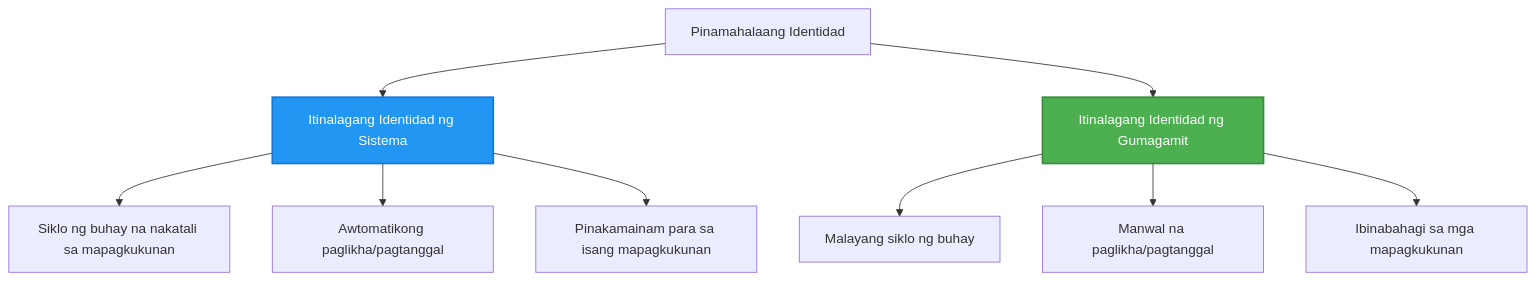
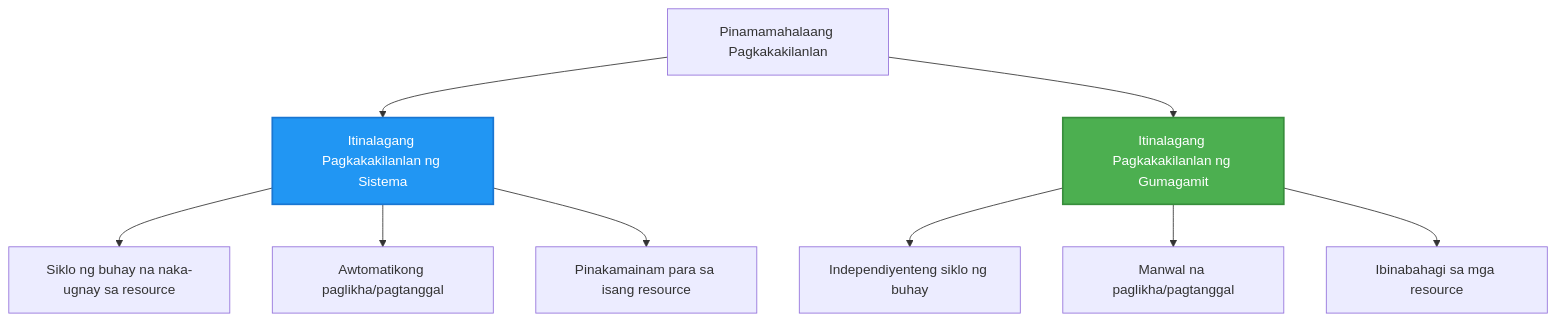
Before and after one commit to microsoft/AZD-for-beginners: the second of 2 diagrams in translations/tl/docs/chapter-03-configuration/authsecurity.md, drawn with Mermaid. The commit also changed other lines of this file and 104 other files, not shown here.

````diff
--- a/translations/tl/docs/chapter-03-configuration/authsecurity.md
+++ b/translations/tl/docs/chapter-03-configuration/authsecurity.md
@@ -97,20 +98,20 @@
 ```mermaid
 graph TB
-    MI[Pinamahalaang Identidad]
-    SystemAssigned[Itinalagang Identidad ng Sistema]
-    UserAssigned[Itinalagang Identidad ng Gumagamit]
+    MI[Pinamamahalaang Pagkakakilanlan]
+    SystemAssigned[Itinalagang Pagkakakilanlan ng Sistema]
+    UserAssigned[Itinalagang Pagkakakilanlan ng Gumagamit]
     
     MI --> SystemAssigned
     MI --> UserAssigned
     
-    SystemAssigned --> SA1[Siklo ng buhay na nakatali sa mapagkukunan]
+    SystemAssigned --> SA1[Siklo ng buhay na naka-ugnay sa resource]
     SystemAssigned --> SA2[Awtomatikong paglikha/pagtanggal]
-    SystemAssigned --> SA3[Pinakamainam para sa isang mapagkukunan]
+    SystemAssigned --> SA3[Pinakamainam para sa isang resource]
     
-    UserAssigned --> UA1[Malayang siklo ng buhay]
+    UserAssigned --> UA1[Independiyenteng siklo ng buhay]
     UserAssigned --> UA2[Manwal na paglikha/pagtanggal]
-    UserAssigned --> UA3[Ibinabahagi sa mga mapagkukunan]
+    UserAssigned --> UA3[Ibinabahagi sa mga resource]
     
     style SystemAssigned fill:#2196F3,stroke:#1976D2,stroke-width:2px,color:#fff
     style UserAssigned fill:#4CAF50,stroke:#388E3C,stroke-width:2px,color:#fff
 ```
````
